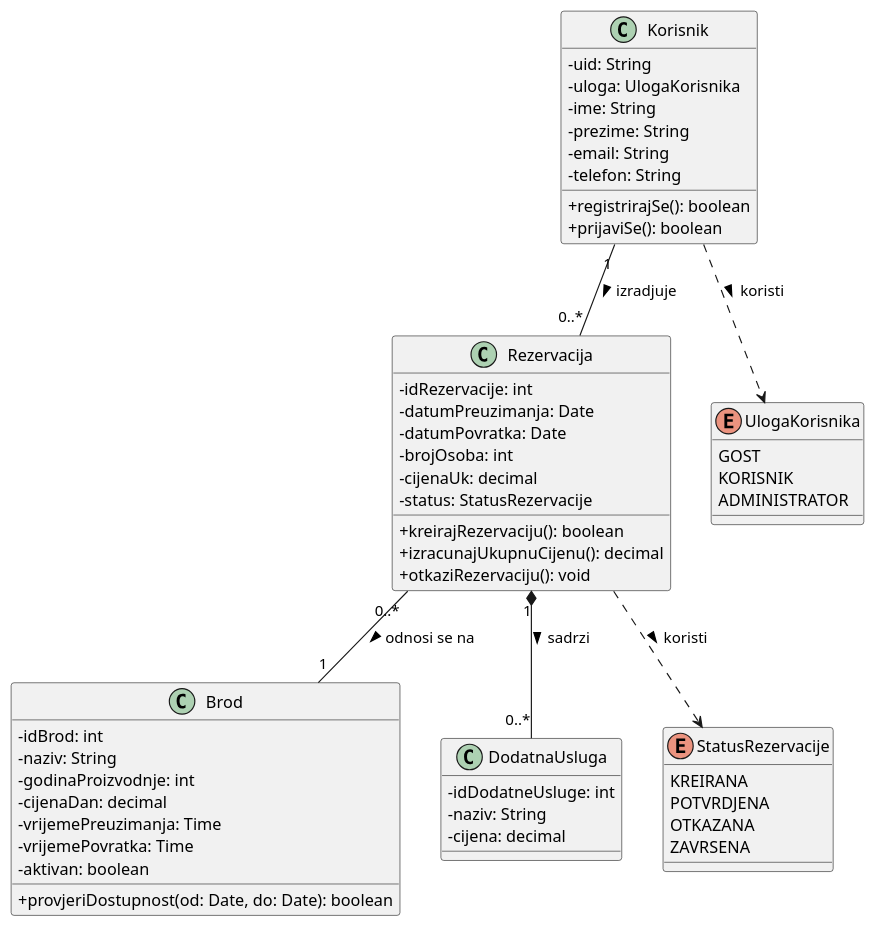
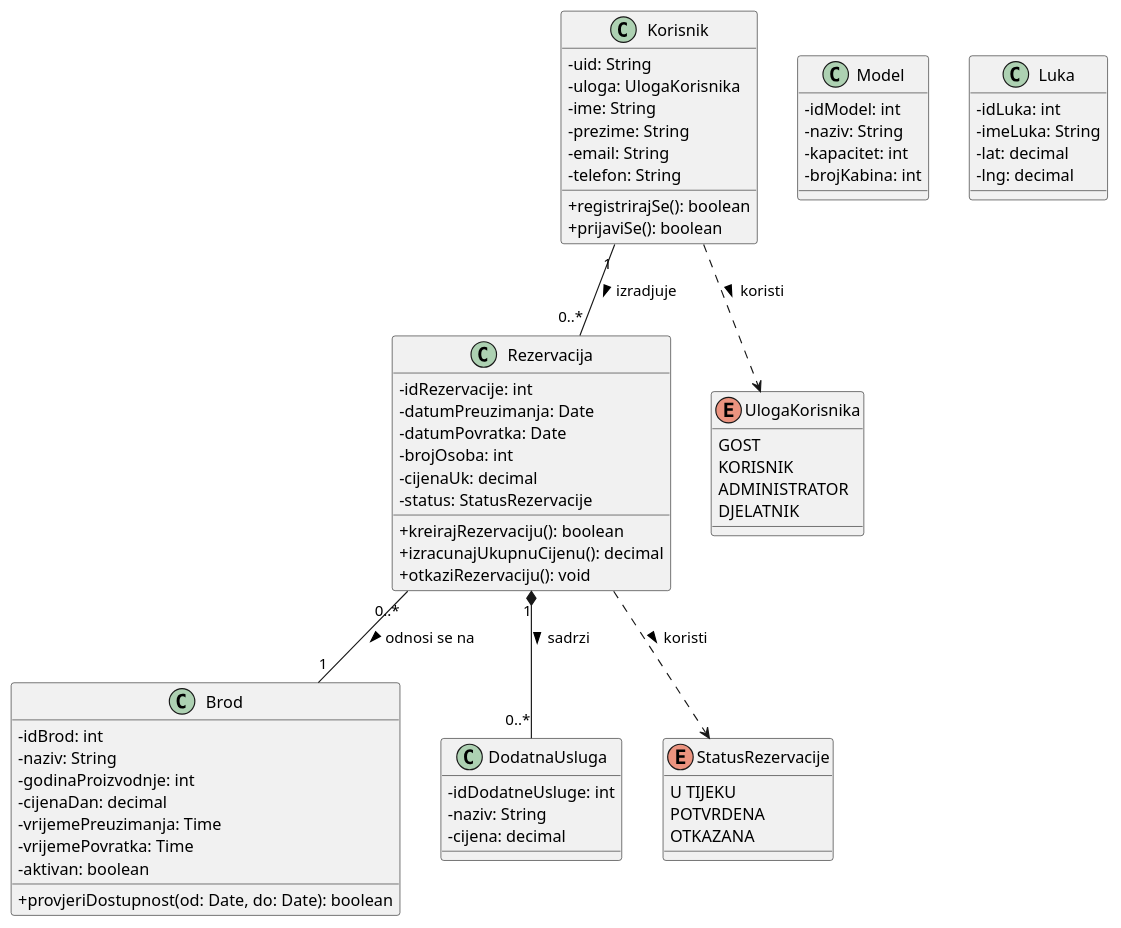
One commit to auzelac1/PROGI_PROJEKT changed the diagram in docs/puml/4.3.2 UMLrazreda.puml. Above: the diagram before and after it, drawn with PlantUML.

Commit message:
Update 4.3.2 UMLrazreda.puml

```diff
--- a/docs/puml/4.3.2 UMLrazreda.puml
+++ b/docs/puml/4.3.2 UMLrazreda.puml
@@ -1,71 +1,85 @@
 @startuml Reprezentativni_UML_Dijagram_Razreda
 
 skinparam classAttributeIconSize 0
 skinparam backgroundColor #FFFFFF
 
 ' --- RAZREDI ---
 
 class Korisnik {
   - uid: String
   - uloga: UlogaKorisnika
   - ime: String
   - prezime: String
   - email: String
   - telefon: String
   + registrirajSe(): boolean
   + prijaviSe(): boolean
 }
 
 class Rezervacija {
   - idRezervacije: int
   - datumPreuzimanja: Date
   - datumPovratka: Date
   - brojOsoba: int
   - cijenaUk: decimal
   - status: StatusRezervacije
   + kreirajRezervaciju(): boolean
   + izracunajUkupnuCijenu(): decimal
   + otkaziRezervaciju(): void
 }
 
 class Brod {
   - idBrod: int
   - naziv: String
   - godinaProizvodnje: int
   - cijenaDan: decimal
   - vrijemePreuzimanja: Time
   - vrijemePovratka: Time
   - aktivan: boolean
   + provjeriDostupnost(od: Date, do: Date): boolean
 }
 
+class Model {
+  - idModel: int
+  - naziv: String
+  - kapacitet: int
+  - brojKabina: int
+}
+
+class Luka {
+  - idLuka: int
+  - imeLuka: String
+  - lat: decimal
+  - lng: decimal
+}
+
 class DodatnaUsluga {
   - idDodatneUsluge: int
   - naziv: String
   - cijena: decimal
 }
 
-' --- ENUMI ---
 
 enum UlogaKorisnika {
   GOST
   KORISNIK
   ADMINISTRATOR
+  DJELATNIK
 }
 
 enum StatusRezervacije {
-  KREIRANA
-  POTVRDJENA
+  U TIJEKU
+  POTVRDENA
   OTKAZANA
-  ZAVRSENA
+  
 }
 
 ' --- VEZE (ASOCIJACIJE) ---
 
 Korisnik "1" -- "0..*" Rezervacija : izradjuje >
 Rezervacija "0..*" -- "1" Brod : odnosi se na >
 Rezervacija "1" *-- "0..*" DodatnaUsluga : sadrzi >
 Korisnik ..> UlogaKorisnika : koristi >
 Rezervacija ..> StatusRezervacije : koristi >
 
 @enduml
```
